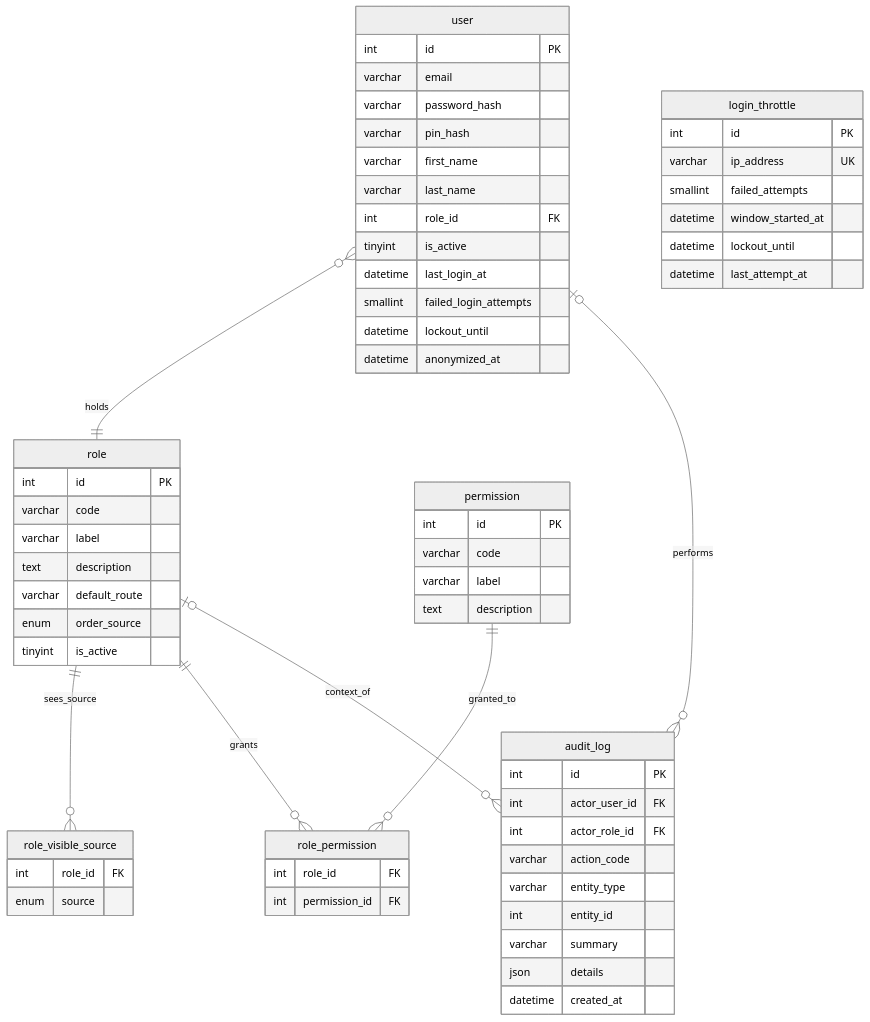
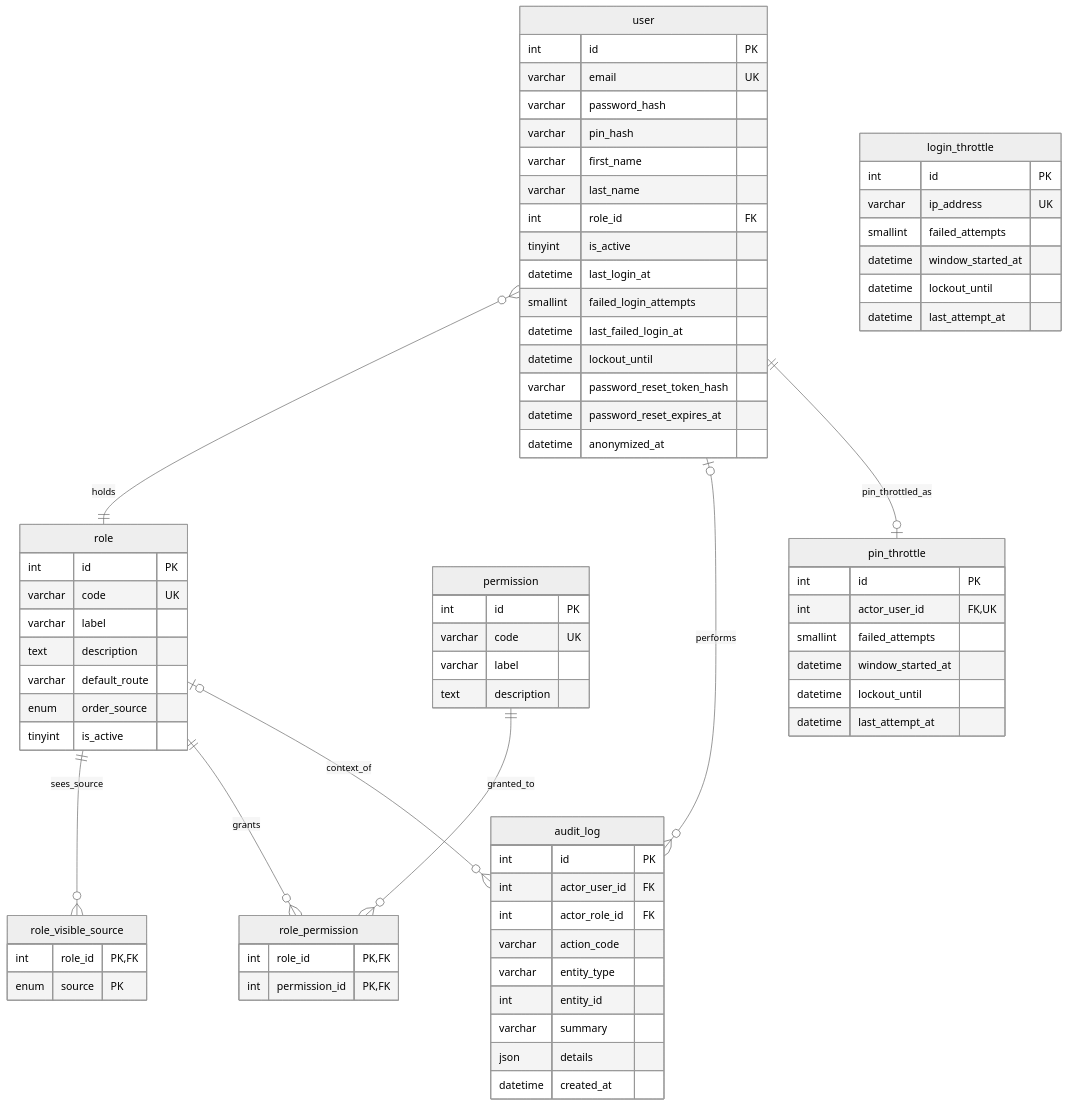
The diagram in docs/merise/_diagrams/mcd-rbac.mmd (AcadeNice/wakdo_corentin), drawn with Mermaid (neutral theme) before and after one commit. The commit also changed 30 other files, not shown here.

```diff
--- a/docs/merise/_diagrams/mcd-rbac.mmd
+++ b/docs/merise/_diagrams/mcd-rbac.mmd
@@ -1,64 +1,76 @@
 erDiagram
     user {
         int id PK
-        varchar email
+        varchar email UK
         varchar password_hash
         varchar pin_hash
         varchar first_name
         varchar last_name
         int role_id FK
         tinyint is_active
         datetime last_login_at
         smallint failed_login_attempts
+        datetime last_failed_login_at
         datetime lockout_until
+        varchar password_reset_token_hash
+        datetime password_reset_expires_at
         datetime anonymized_at
     }
     role {
         int id PK
-        varchar code
+        varchar code UK
         varchar label
         text description
         varchar default_route
         enum order_source
         tinyint is_active
     }
     role_visible_source {
-        int role_id FK
-        enum source
+        int role_id PK,FK
+        enum source PK
     }
     permission {
         int id PK
-        varchar code
+        varchar code UK
         varchar label
         text description
     }
     role_permission {
-        int role_id FK
-        int permission_id FK
+        int role_id PK,FK
+        int permission_id PK,FK
     }
     audit_log {
         int id PK
         int actor_user_id FK
         int actor_role_id FK
         varchar action_code
         varchar entity_type
         int entity_id
         varchar summary
         json details
         datetime created_at
     }
     login_throttle {
         int id PK
         varchar ip_address UK
         smallint failed_attempts
         datetime window_started_at
         datetime lockout_until
         datetime last_attempt_at
     }
+    pin_throttle {
+        int id PK
+        int actor_user_id FK,UK
+        smallint failed_attempts
+        datetime window_started_at
+        datetime lockout_until
+        datetime last_attempt_at
+    }
 
     user }o--|| role : "holds"
     role ||--o{ role_visible_source : "sees_source"
     role ||--o{ role_permission : "grants"
     permission ||--o{ role_permission : "granted_to"
     user |o--o{ audit_log : "performs"
     role |o--o{ audit_log : "context_of"
+    user ||--o| pin_throttle : "pin_throttled_as"
```
